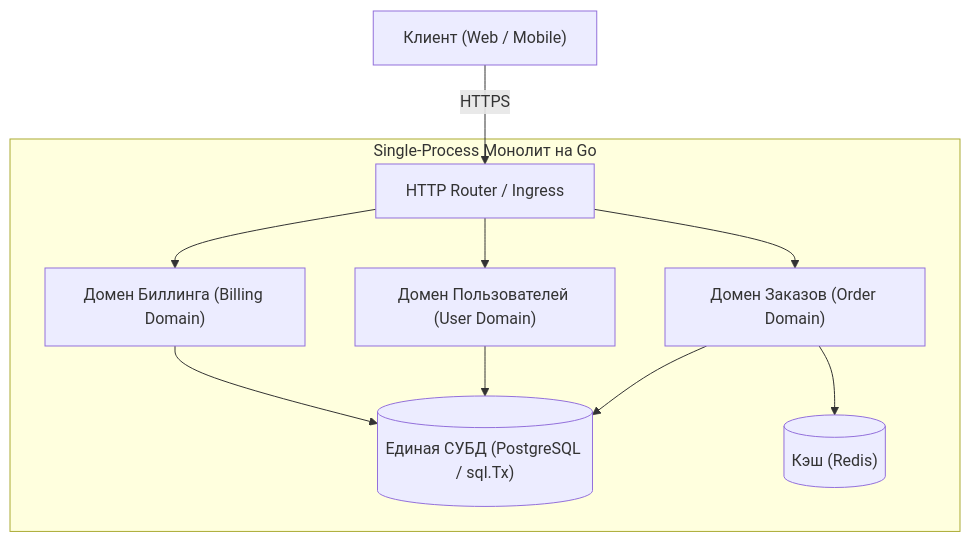
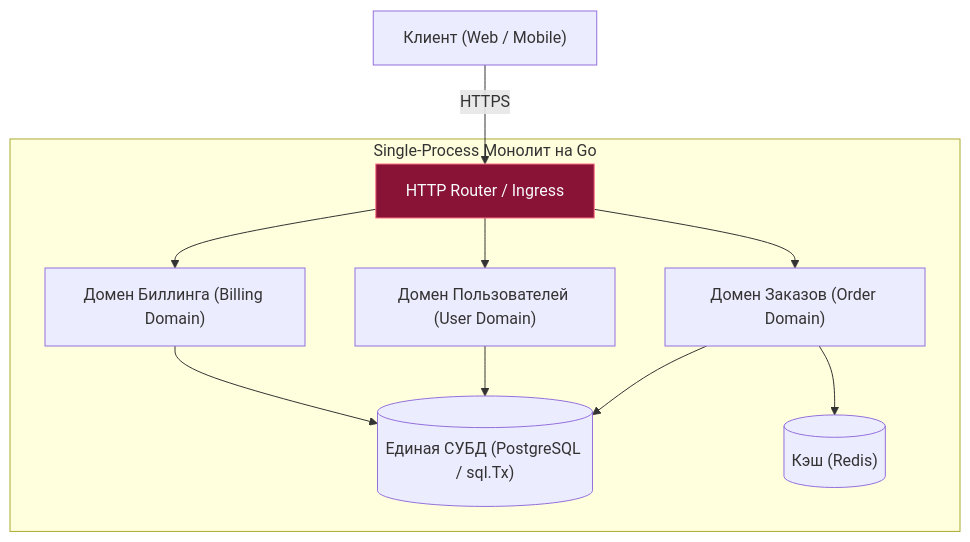
One commit to UnrealTemplier/go-textbook changed the first of 3 diagrams in sources/11. Архитектура и System Design/8. Монолит. Когда он хорош и когда становится проблемой.md. Above: the diagram before and after it, drawn with Mermaid. The commit also changed other lines of this file and 1666 other files, not shown here.

First line of the commit message:
feat(mermaid): add semantic color classDef to 1369 colorless flowchart/graph diagrams

````diff
--- a/sources/11. Архитектура и System Design/8. Монолит. Когда он хорош и когда становится проблемой.md
+++ b/sources/11. Архитектура и System Design/8. Монолит. Когда он хорош и когда становится проблемой.md
@@ -18,21 +18,31 @@
 ```mermaid
 flowchart TD
+    classDef process  fill:#1e293b,stroke:#38bdf8,stroke-width:1px,color:#f8fafc
+    classDef success  fill:#064e3b,stroke:#34d399,stroke-width:1px,color:#f8fafc
+    classDef error    fill:#7f1d1d,stroke:#f87171,stroke-width:1px,color:#f8fafc
+    classDef warning  fill:#78350f,stroke:#fbbf24,stroke-width:1px,color:#f8fafc
+    classDef entry    fill:#1e3a5f,stroke:#38bdf8,stroke-width:2px,color:#f8fafc
+    classDef aux      fill:#334155,stroke:#64748b,stroke-width:1px,color:#f8fafc
+    classDef system   fill:#312e81,stroke:#a78bfa,stroke-width:1px,color:#f8fafc
+    classDef data     fill:#132d29,stroke:#2dd4bf,stroke-width:1px,color:#f8fafc
+    classDef network  fill:#881337,stroke:#fb7185,stroke-width:1px,color:#f8fafc
+    classDef accent   fill:#1e1b4b,stroke:#818cf8,stroke-width:1px,color:#f8fafc
     subgraph Monolith["Single-Process Монолит на Go"]
-        M1["HTTP Router / Ingress"]
+        M1["HTTP Router / Ingress"]:::network
         M2["Домен Заказов (Order Domain)"]
         M3["Домен Пользователей (User Domain)"]
         M4["Домен Биллинга (Billing Domain)"]
         DB[("Единая СУБД (PostgreSQL / sql.Tx)")]
         Cache[("Кэш (Redis)")]
         
         M1 --> M2
         M1 --> M3
         M1 --> M4
         M2 --> DB
         M3 --> DB
         M4 --> DB
         M2 --> Cache
     end
 
     Client["Клиент (Web / Mobile)"] -->|"HTTPS"| M1
 ```
````
